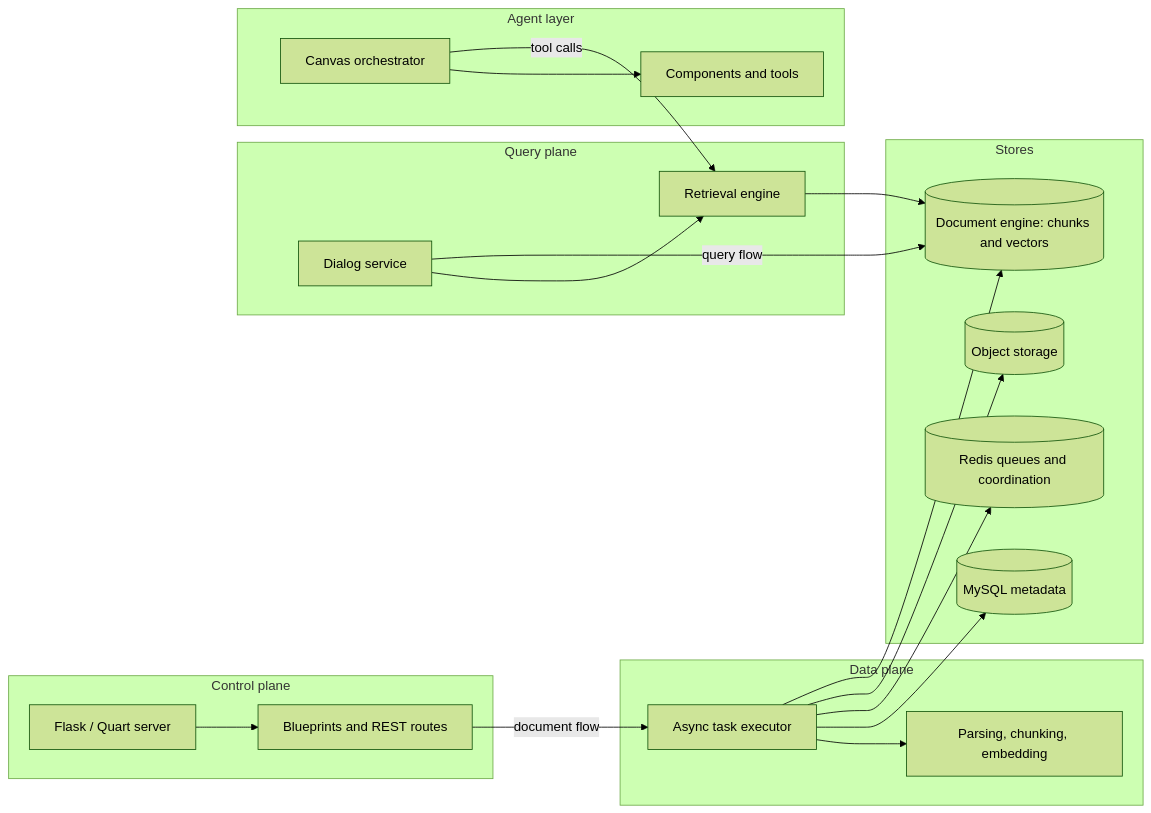
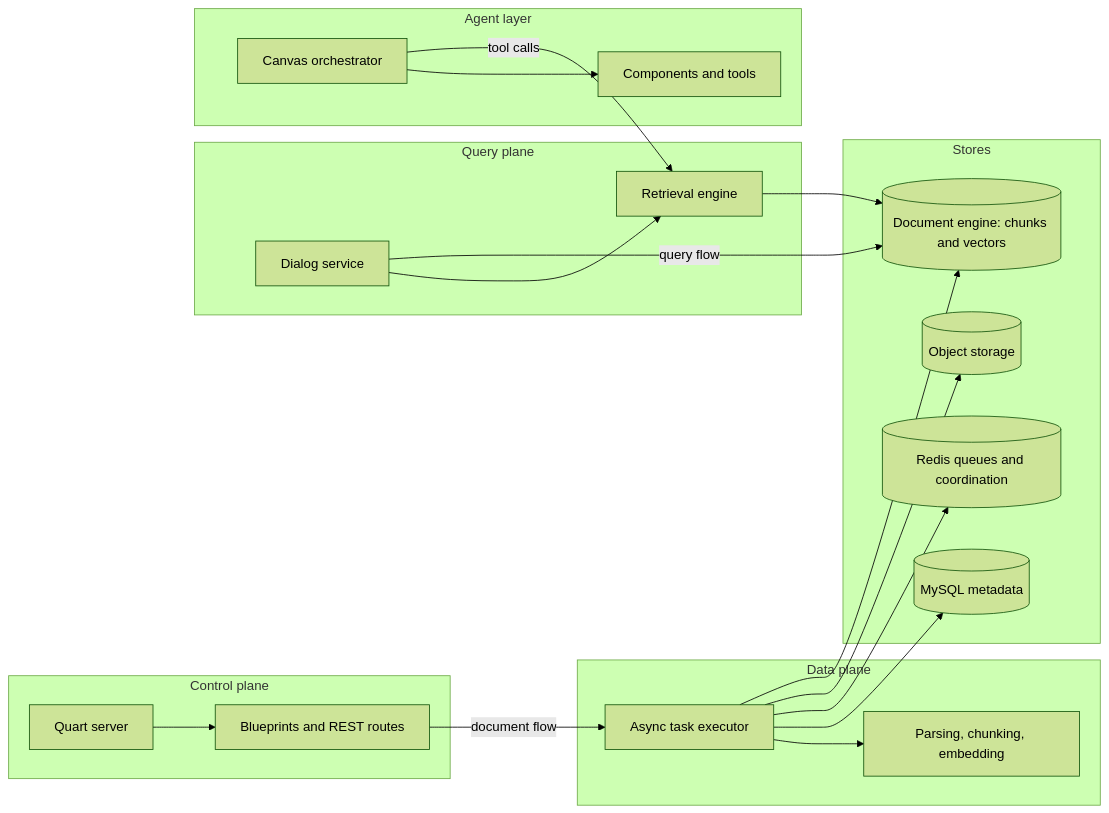
The diagram in 00-the-big-picture.md (joels-sandgarden/ragflow-docs), drawn with Mermaid (forest theme) before and after one commit.

Commit message:
Documentation Update: Correct system map server label

````diff
--- a/00-the-big-picture.md
+++ b/00-the-big-picture.md
@@ -29,43 +29,43 @@
 ```mermaid
 flowchart LR
   subgraph Control["Control plane"]
-    HTTP["Flask / Quart server"]
+    HTTP["Quart server"]
     API["Blueprints and REST routes"]
     HTTP --> API
   end
 
   subgraph Ingest["Data plane"]
     EXEC["Async task executor"]
     CHUNK["Parsing, chunking, embedding"]
     EXEC --> CHUNK
   end
 
   subgraph Query["Query plane"]
     DIALOG["Dialog service"]
     SEARCH["Retrieval engine"]
     DIALOG --> SEARCH
   end
 
   subgraph Agent["Agent layer"]
     CANVAS["Canvas orchestrator"]
     TOOLS["Components and tools"]
     CANVAS --> TOOLS
   end
 
   subgraph Stores["Stores"]
     MYSQL[(MySQL metadata)]
     REDIS[(Redis queues and coordination)]
     OBJ[(Object storage)]
     DOC[(Document engine: chunks and vectors)]
   end
 
   API -->|document flow| EXEC
   EXEC --> MYSQL
   EXEC --> REDIS
   EXEC --> OBJ
   EXEC --> DOC
 
   DIALOG -->|query flow| DOC
   CANVAS -->|tool calls| SEARCH
   SEARCH --> DOC
 ```
````
